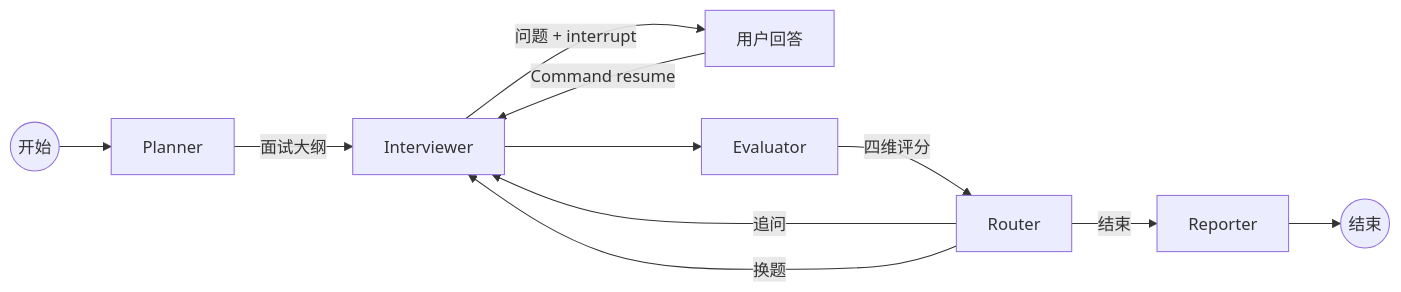
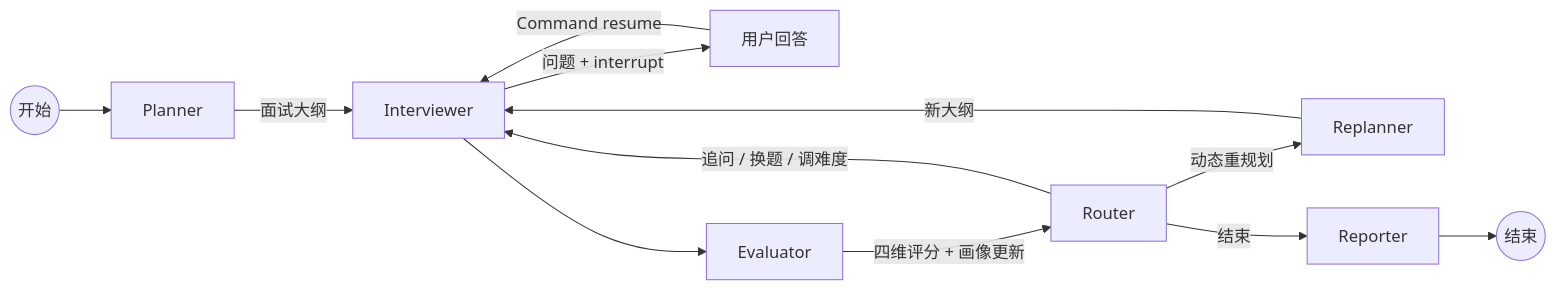
The diagram in README.md (lulusiyuyu/BaguRush), drawn with Mermaid before and after one commit. The commit also changed other lines of this file and 38 other files, not shown here.

````diff
--- a/README.md
+++ b/README.md
@@ -28,13 +31,14 @@
 ```mermaid
 graph LR
     START((开始)) --> Planner
     Planner -->|面试大纲| Interviewer
     Interviewer -->|问题 + interrupt| 用户回答
     用户回答 -->|Command resume| Interviewer
     Interviewer --> Evaluator
-    Evaluator -->|四维评分| Router
-    Router -->|追问| Interviewer
-    Router -->|换题| Interviewer
+    Evaluator -->|四维评分 + 画像更新| Router
+    Router -->|追问 / 换题 / 调难度| Interviewer
+    Router -->|动态重规划| Replanner
+    Replanner -->|新大纲| Interviewer
     Router -->|结束| Reporter
     Reporter --> END((结束))
 ```
````
